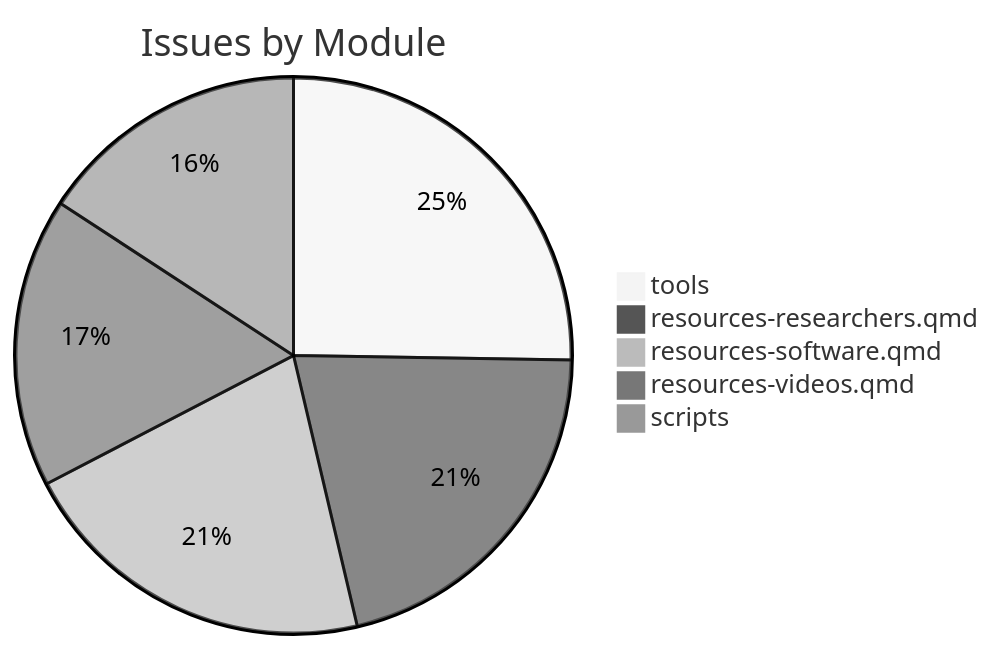
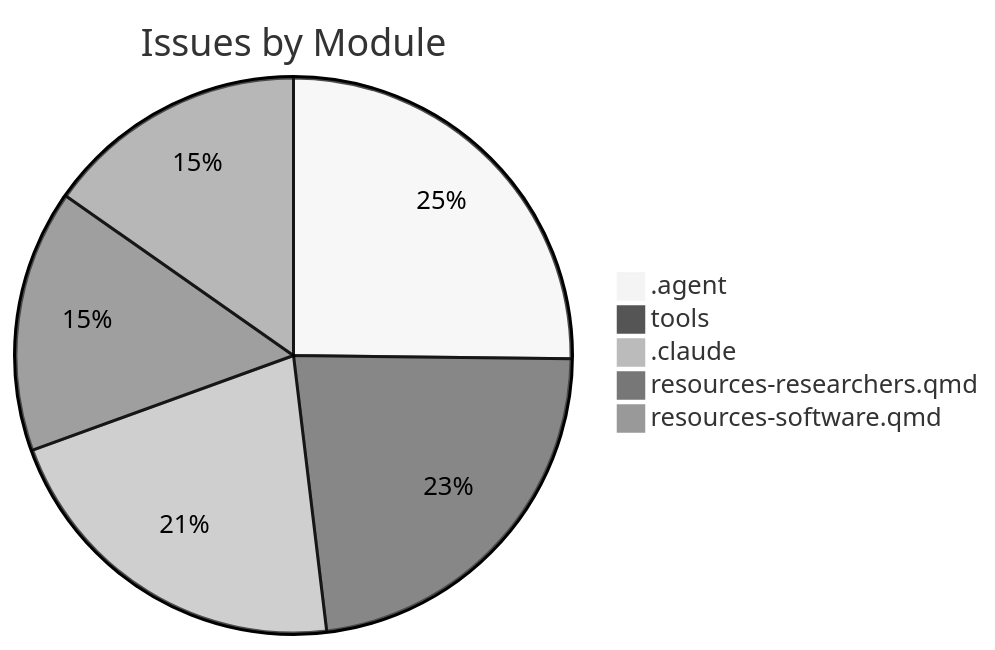
Before and after one commit to D-sorganization/AffineDrift: the second of 2 diagrams in docs/assessments/completist/Completist_Report_2026-02-15.md, drawn with Mermaid (neutral theme). The commit also changed other lines of this file and 28 other files, not shown here.

````diff
--- a/docs/assessments/completist/Completist_Report_2026-02-15.md
+++ b/docs/assessments/completist/Completist_Report_2026-02-15.md
@@ -22,8 +22,8 @@
 ```mermaid
 pie title Issues by Module
-    "tools" : 24
+    ".agent" : 33
+    "tools" : 30
+    ".claude" : 28
     "resources-researchers.qmd" : 20
     "resources-software.qmd" : 20
-    "resources-videos.qmd" : 16
-    "scripts" : 15
 ```
````
